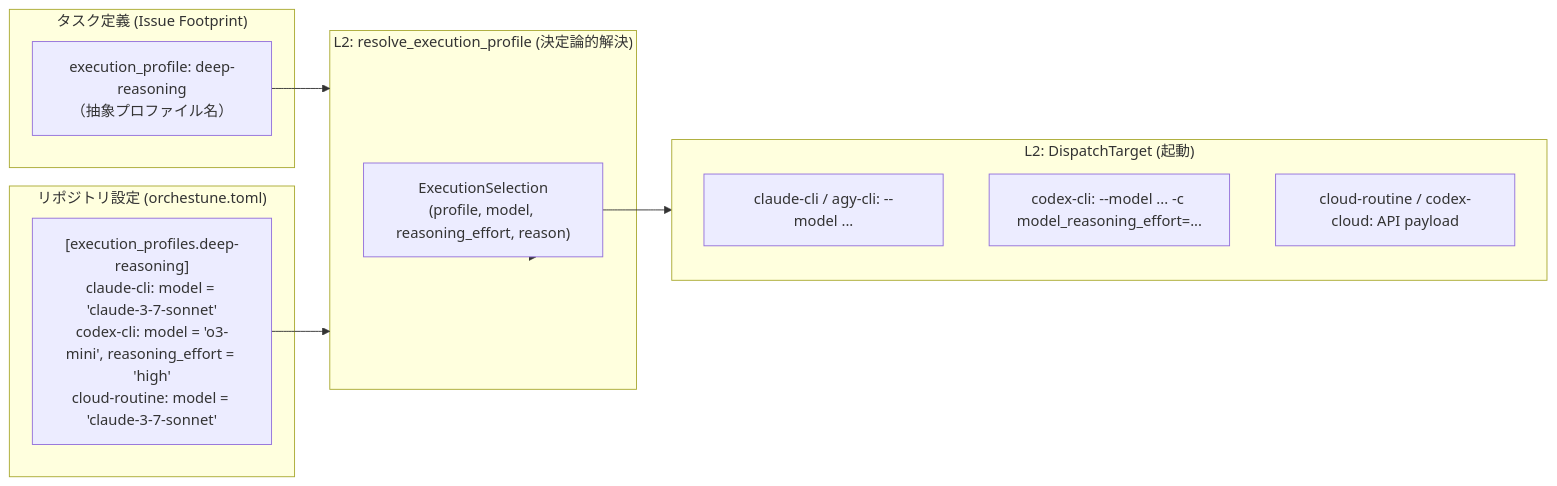
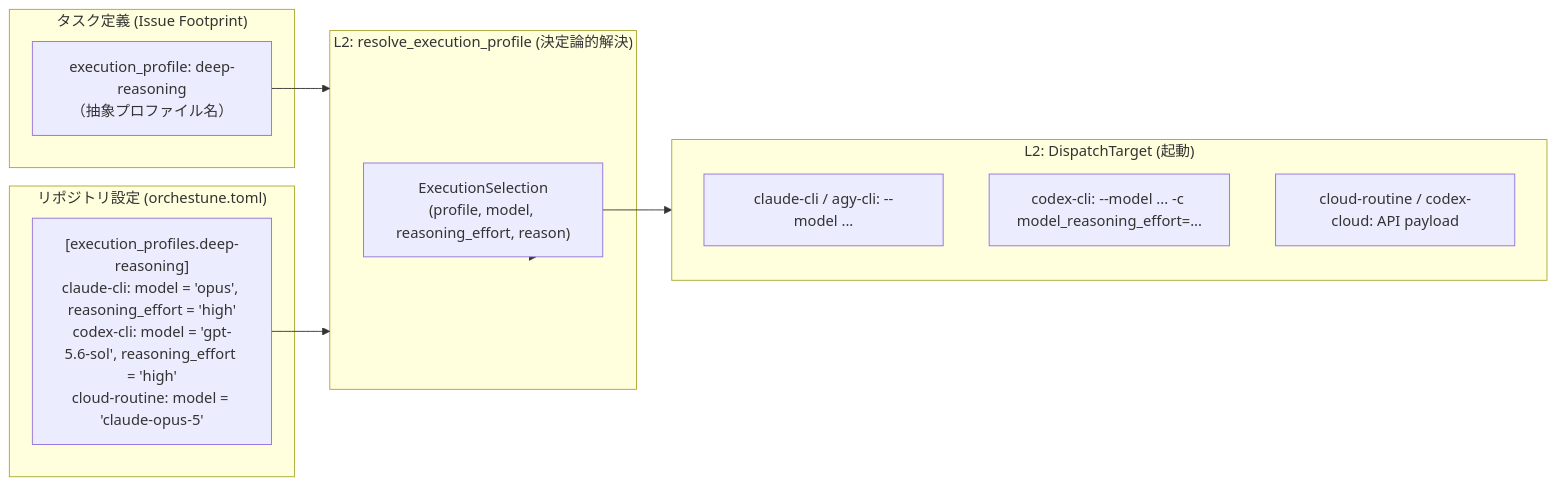
One commit to Saltmu/orchestune changed the second of 2 diagrams in docs/ja/architecture/dag-and-scheduling.md. Above: the diagram before and after it, drawn with Mermaid. The commit also changed other lines of this file and 1 other file, not shown here.

Commit message:
docs: refresh architecture model examples

````diff
--- a/docs/ja/architecture/dag-and-scheduling.md
+++ b/docs/ja/architecture/dag-and-scheduling.md
@@ -75,25 +75,25 @@
 ```mermaid
 graph LR
     subgraph Plan ["タスク定義 (Issue Footprint)"]
         EP["execution_profile: deep-reasoning<br/>（抽象プロファイル名）"]
     end
 
     subgraph Config ["リポジトリ設定 (orchestune.toml)"]
-        CFG["[execution_profiles.deep-reasoning]<br/>claude-cli: model = 'claude-3-7-sonnet'<br/>codex-cli: model = 'o3-mini', reasoning_effort = 'high'<br/>cloud-routine: model = 'claude-3-7-sonnet'"]
+        CFG["[execution_profiles.deep-reasoning]<br/>claude-cli: model = 'opus', reasoning_effort = 'high'<br/>codex-cli: model = 'gpt-5.6-sol', reasoning_effort = 'high'<br/>cloud-routine: model = 'claude-opus-5'"]
     end
 
     subgraph Resolver ["L2: resolve_execution_profile (決定論的解決)"]
         RES["ExecutionSelection<br/>(profile, model, reasoning_effort, reason)"]
     end
 
     subgraph Target ["L2: DispatchTarget (起動)"]
         T1["claude-cli / agy-cli: --model ..."]
         T2["codex-cli: --model ... -c model_reasoning_effort=..."]
         T3["cloud-routine / codex-cloud: API payload"]
     end
 
     EP --> Resolver
     CFG --> Resolver
     Resolver --> RES
     RES --> Target
 ```
````
